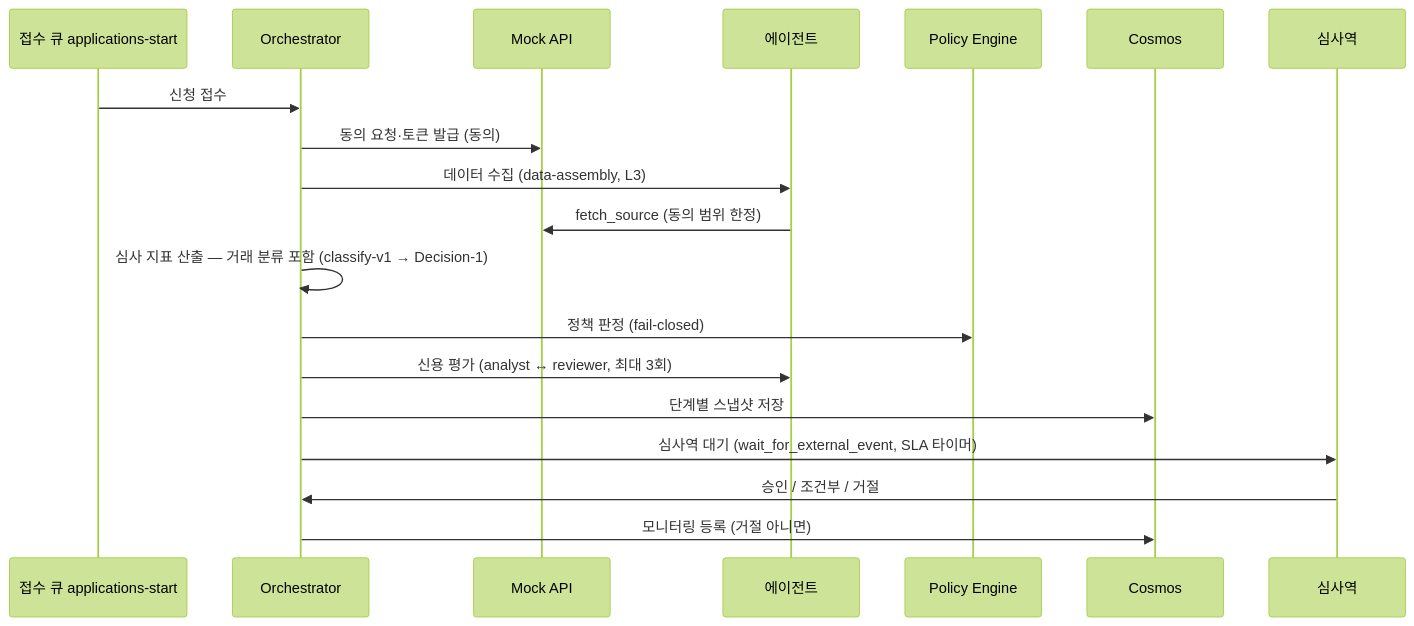
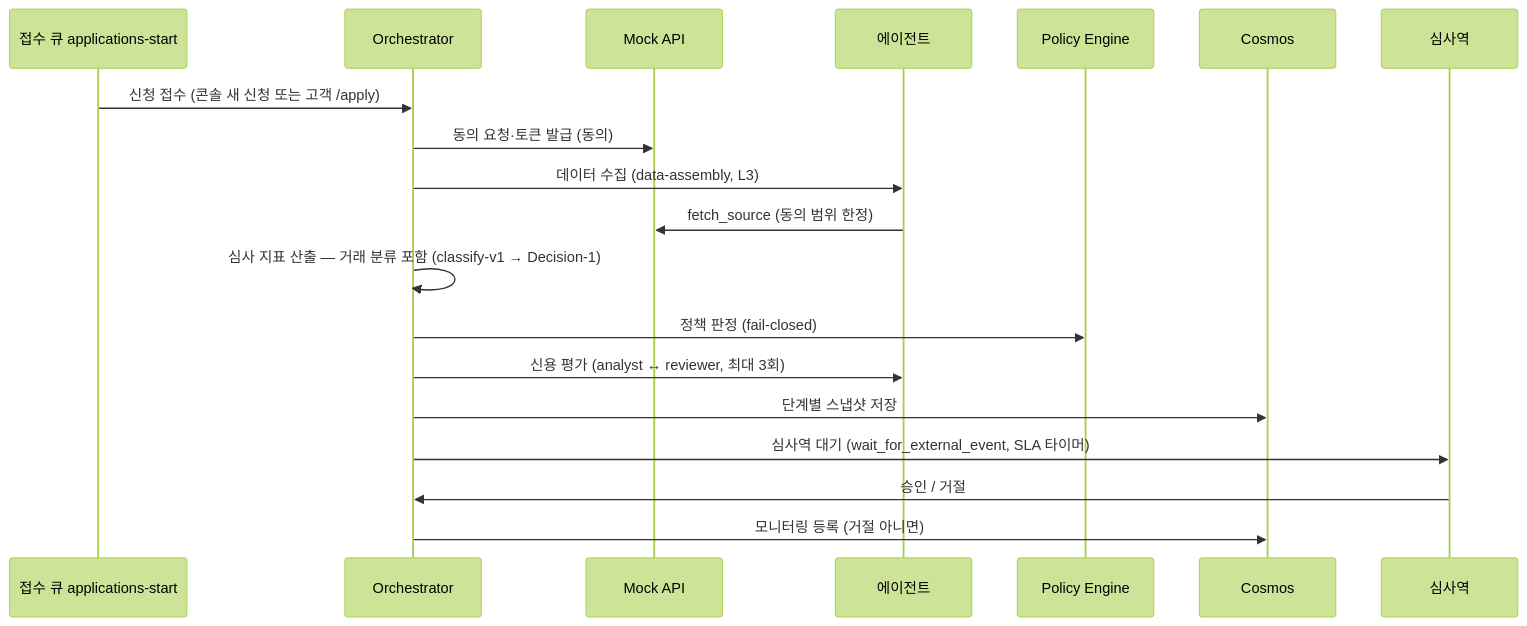
The fourth of 5 diagrams in docs/architecture.md (freeman9844/ms-ama-04), drawn with Mermaid (forest theme) before and after one commit. The commit also changed other lines of this file and 9 other files, not shown here.

````diff
--- a/docs/architecture.md
+++ b/docs/architecture.md
@@ -130,21 +132,21 @@
 ```mermaid
 sequenceDiagram
   participant Q as 접수 큐 applications-start
   participant O as Orchestrator
   participant M as Mock API
   participant A as 에이전트
   participant P as Policy Engine
   participant C as Cosmos
   participant U as 심사역
-  Q->>O: 신청 접수
+  Q->>O: 신청 접수 (콘솔 새 신청 또는 고객 /apply)
   O->>M: 동의 요청·토큰 발급 (동의)
   O->>A: 데이터 수집 (data-assembly, L3)
   A->>M: fetch_source (동의 범위 한정)
   O->>O: 심사 지표 산출 — 거래 분류 포함 (classify-v1 → Decision-1)
   O->>P: 정책 판정 (fail-closed)
   O->>A: 신용 평가 (analyst ↔ reviewer, 최대 3회)
   O->>C: 단계별 스냅샷 저장
   O->>U: 심사역 대기 (wait_for_external_event, SLA 타이머)
-  U->>O: 승인 / 조건부 / 거절
+  U->>O: 승인 / 거절
   O->>C: 모니터링 등록 (거절 아니면)
 ```
````
